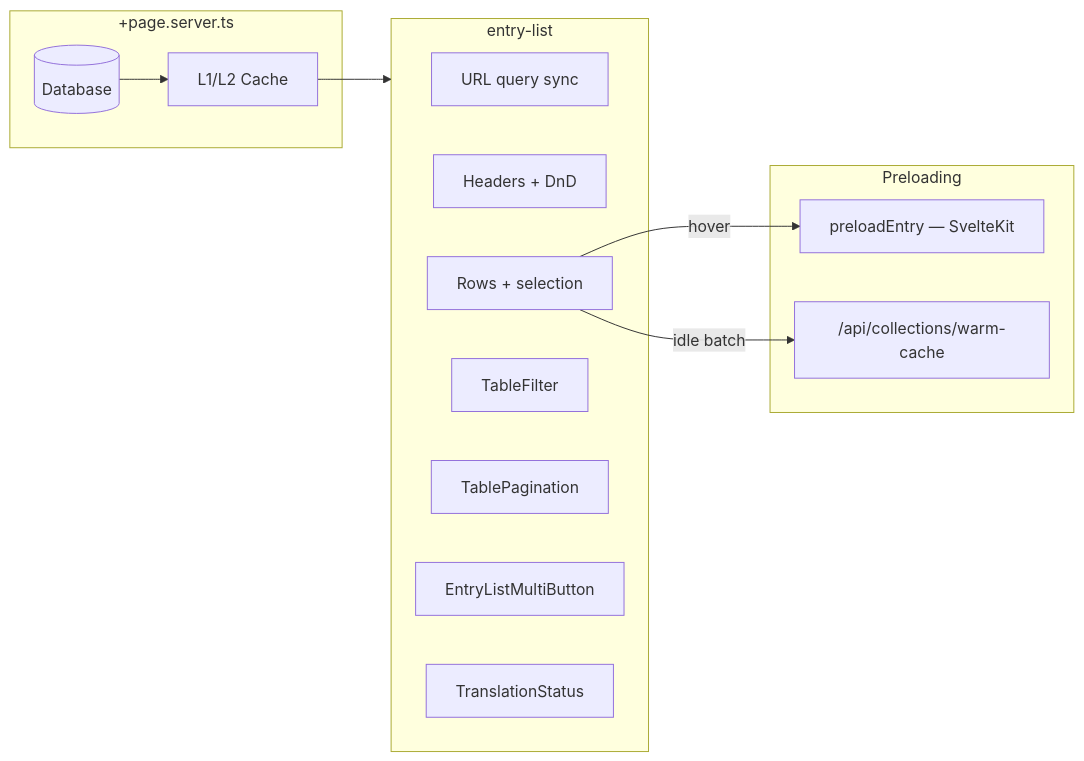
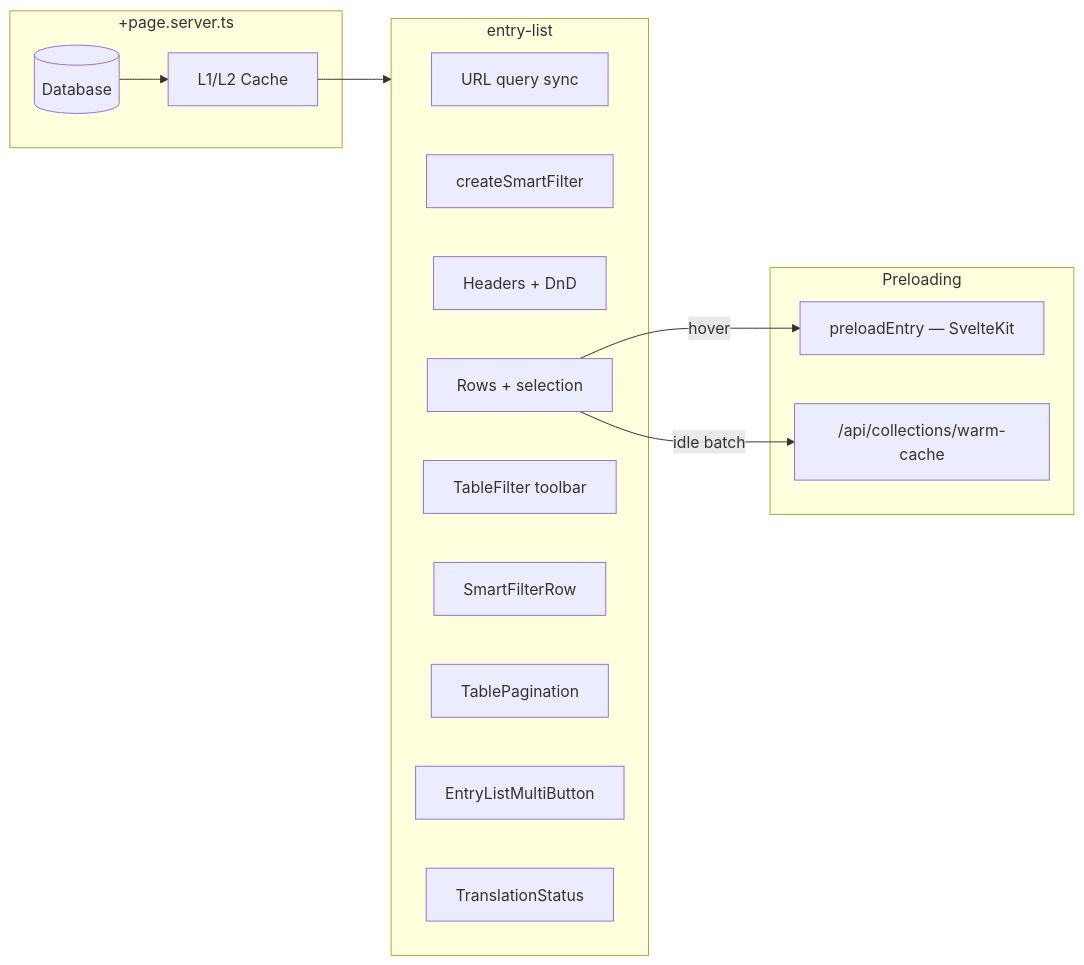
The first of 2 diagrams in docs/reference/components/entry-list.mdx (SveltyCMS/SveltyCMS), drawn with Mermaid before and after one commit. The commit also changed other lines of this file and 45 other files, not shown here.

First line of the commit message:
feat: add unified Smart Table platform with secure collection filtering

````diff
--- a/docs/reference/components/entry-list.mdx
+++ b/docs/reference/components/entry-list.mdx
@@ -28,26 +31,28 @@
 ```mermaid
 flowchart LR
     subgraph Server["+page.server.ts"]
         DB[(Database)]
         Cache[L1/L2 Cache]
     end
 
     subgraph EL["entry-list"]
         URL[URL query sync]
+        SF[createSmartFilter]
         TH[Headers + DnD]
         TR[Rows + selection]
-        TF[TableFilter]
+        TF[TableFilter toolbar]
+        SFR[SmartFilterRow]
         PG[TablePagination]
         MB[EntryListMultiButton]
         TS[TranslationStatus]
     end
 
     subgraph Preload["Preloading"]
         PE[preloadEntry — SvelteKit]
         WC["/api/collections/warm-cache"]
     end
 
     DB --> Cache --> EL
     TR -->|hover| PE
     TR -->|idle batch| WC
 ```
````
